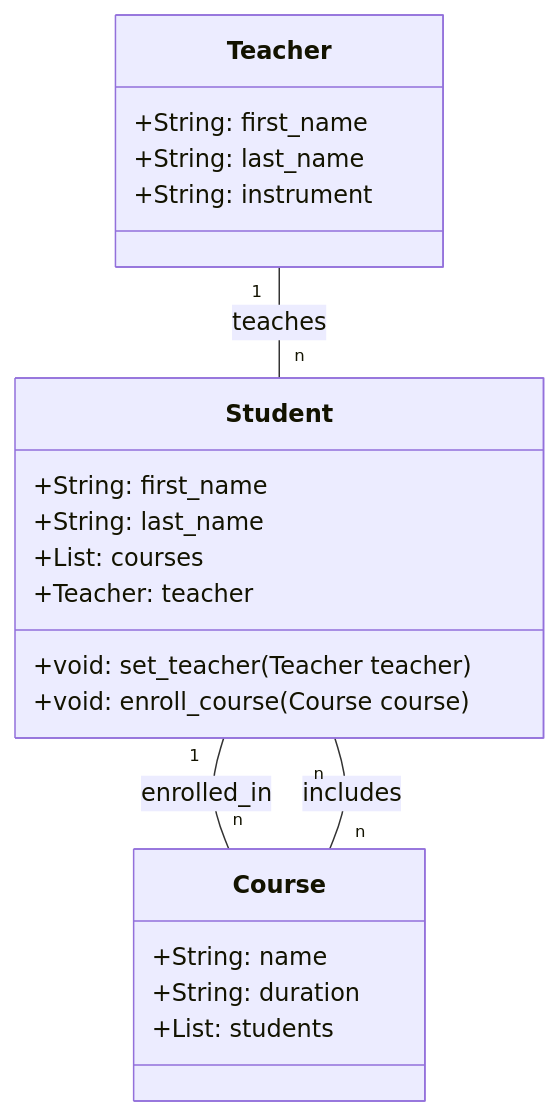
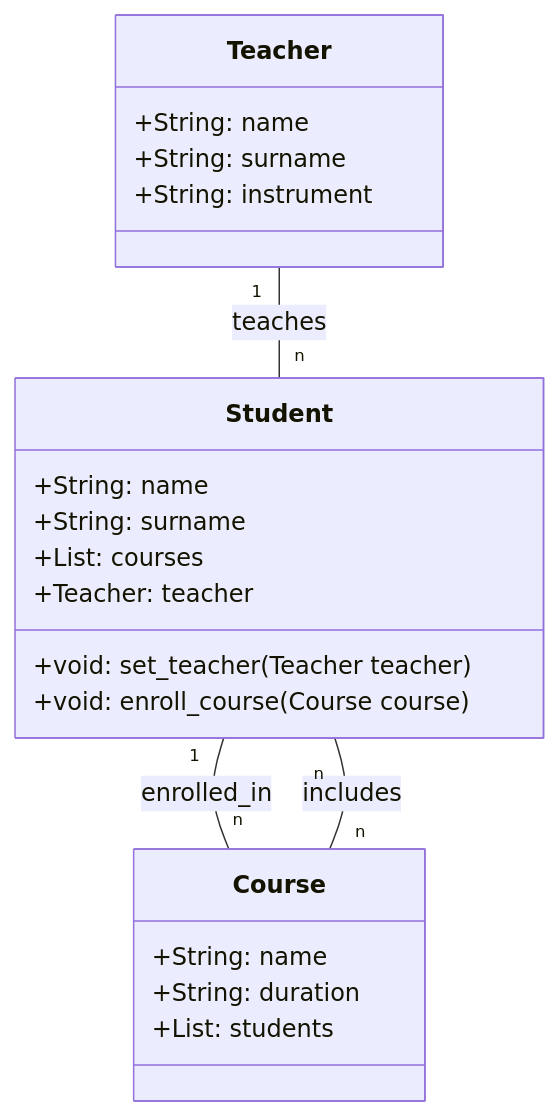
Before and after one commit to LucaPontellini/Homepage: the diagram in Informatica/Esercizi_di_Pyton_nuovi/Esercizi_con_MarmaidJS/Pontellini_017.md, drawn with Mermaid.

````diff
--- a/Informatica/Esercizi_di_Pyton_nuovi/Esercizi_con_MarmaidJS/Pontellini_017.md
+++ b/Informatica/Esercizi_di_Pyton_nuovi/Esercizi_con_MarmaidJS/Pontellini_017.md
@@ -1,29 +1,29 @@
 ```mermaid
 
 classDiagram
 
     class Teacher {
-        +String: first_name
-        +String: last_name
+        +String: name
+        +String: surname
         +String: instrument
     }
 
     class Student {
-        +String: first_name
-        +String: last_name
+        +String: name
+        +String: surname
         +List<Course>: courses
         +Teacher: teacher
         +void: set_teacher(Teacher teacher)
         +void: enroll_course(Course course)
     }
 
     class Course {
         +String: name
         +String: duration
         +List<Student>: students
     }
     
     Teacher "1" -- "n" Student : teaches
     Student "1" -- "n" Course : enrolled_in
     Course "n" -- "n" Student : includes
 ```
````
